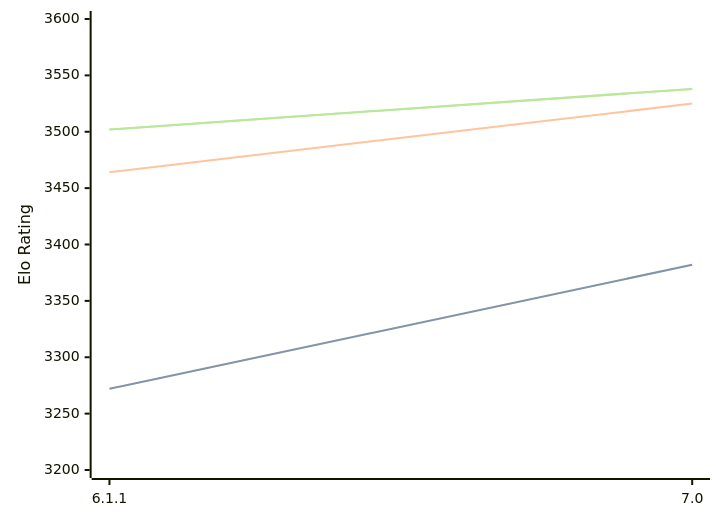
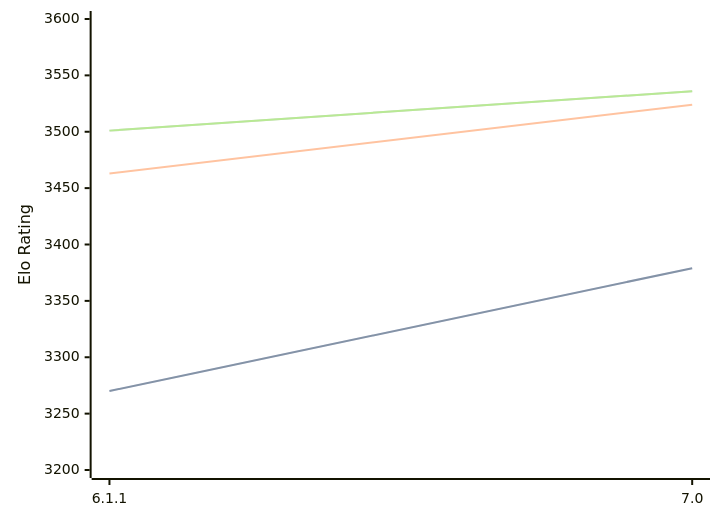
Before and after one commit to computer-chess-index/cci: the diagram in engines/Astra.md, drawn with Mermaid. The commit also changed other lines of this file, not shown here.

Commit message:
Update CCI Ratings (ELO VLTC) - 2026-08-12

````diff
--- a/engines/Astra.md
+++ b/engines/Astra.md
@@ -32,11 +32,11 @@
 ```mermaid
 %%{init: {"theme":"base","themeVariables":{"seriesColors:['#a3a3a3','#222221','#faa371']}}}%%
 xychart-beta
   x-axis ["6.1.1", "7.0"]
   y-axis "Elo Rating" 3200 --> 3600
-  line "STC (8.0+0.08s)" [3272, 3382]
-  line "STC (8.0+0.08s)" [3272, 3382]
-  line "LTC (60.0+0.60s)" [3464, 3525]
-  line "VLTC (2m24s+1.12s)" [3502, 3538]
-  line "VLTC (2m24s+1.12s)" [3502, 3538]
+  line "STC (8.0+0.08s)" [3270, 3379]
+  line "STC (8.0+0.08s)" [3270, 3379]
+  line "LTC (60.0+0.60s)" [3463, 3524]
+  line "VLTC (2m24s+1.12s)" [3501, 3536]
+  line "VLTC (2m24s+1.12s)" [3501, 3536]
 ```
````
